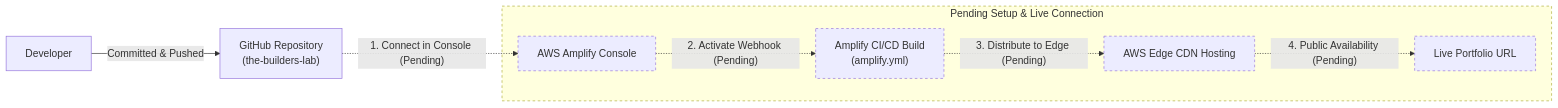
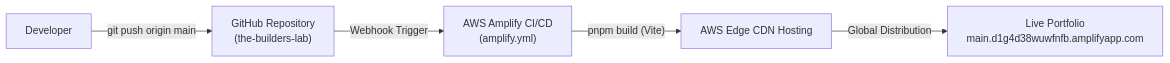
Before and after one commit to tanush326k/the-builders-lab: the second of 3 diagrams in README.md, drawn with Mermaid. The commit also changed other lines of this file and 3 other files, not shown here.

Commit message:
docs: update live AWS Amplify application URL and deployment status

````diff
--- a/README.md
+++ b/README.md
@@ -96,19 +98,7 @@
 ```mermaid
 flowchart LR
-    Dev["Developer"] -->|"Committed & Pushed"| GitHub["GitHub Repository<br/>(the-builders-lab)"]
-
-    GitHub -.->|"1. Connect in Console (Pending)"| AmplifyConsole
-
-    subgraph Pending["Pending Setup & Live Connection"]
-        AmplifyConsole["AWS Amplify Console"]
-        AmplifyConsole -.->|"2. Activate Webhook (Pending)"| AmplifyBuild["Amplify CI/CD Build<br/>(amplify.yml)"]
-        AmplifyBuild -.->|"3. Distribute to Edge (Pending)"| AmplifyEdge["AWS Edge CDN Hosting"]
-        AmplifyEdge -.->|"4. Public Availability (Pending)"| PublicLive["Live Portfolio URL"]
-    end
-
-    style Pending stroke-dasharray: 4 4
-    style AmplifyConsole stroke-dasharray: 4 4
-    style AmplifyBuild stroke-dasharray: 4 4
-    style AmplifyEdge stroke-dasharray: 4 4
-    style PublicLive stroke-dasharray: 4 4
+    Dev["Developer"] -->|"git push origin main"| GitHub["GitHub Repository<br/>(the-builders-lab)"]
+    GitHub -->|"Webhook Trigger"| AmplifyBuild["AWS Amplify CI/CD<br/>(amplify.yml)"]
+    AmplifyBuild -->|"pnpm build (Vite)"| AmplifyEdge["AWS Edge CDN Hosting"]
+    AmplifyEdge -->|"Global Distribution"| PublicLive["Live Portfolio<br/>main.d1g4d38wuwfnfb.amplifyapp.com"]
 ```
````
